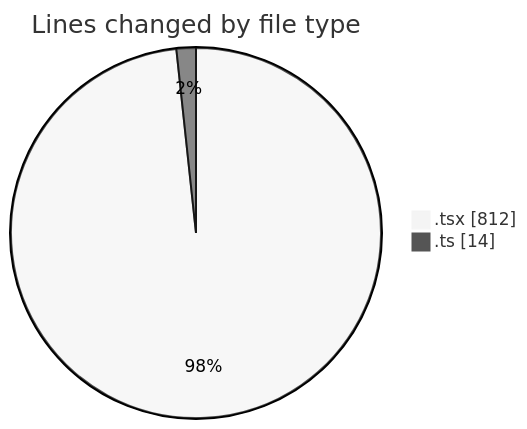
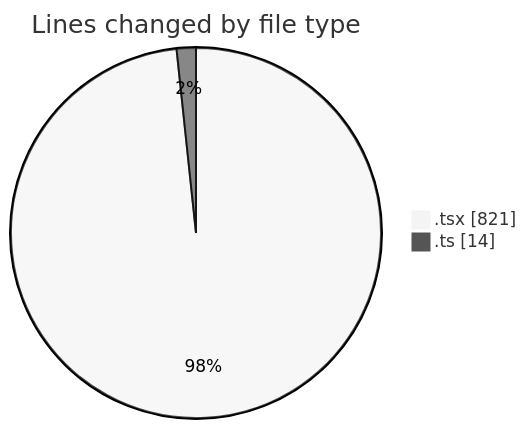
Before and after one commit to robertbonfada/code-tracking: the first of 2 diagrams in 2025-01-10/mbc-web/README.md, drawn with Mermaid (neutral theme). The commit also changed other lines of this file and 1 other file, not shown here.

````diff
--- a/2025-01-10/mbc-web/README.md
+++ b/2025-01-10/mbc-web/README.md
@@ -24,6 +24,6 @@
 ```mermaid
 pie showData
 title Lines changed by file type
-".tsx" : 812
+".tsx" : 821
 ".ts" : 14
 ```
````
